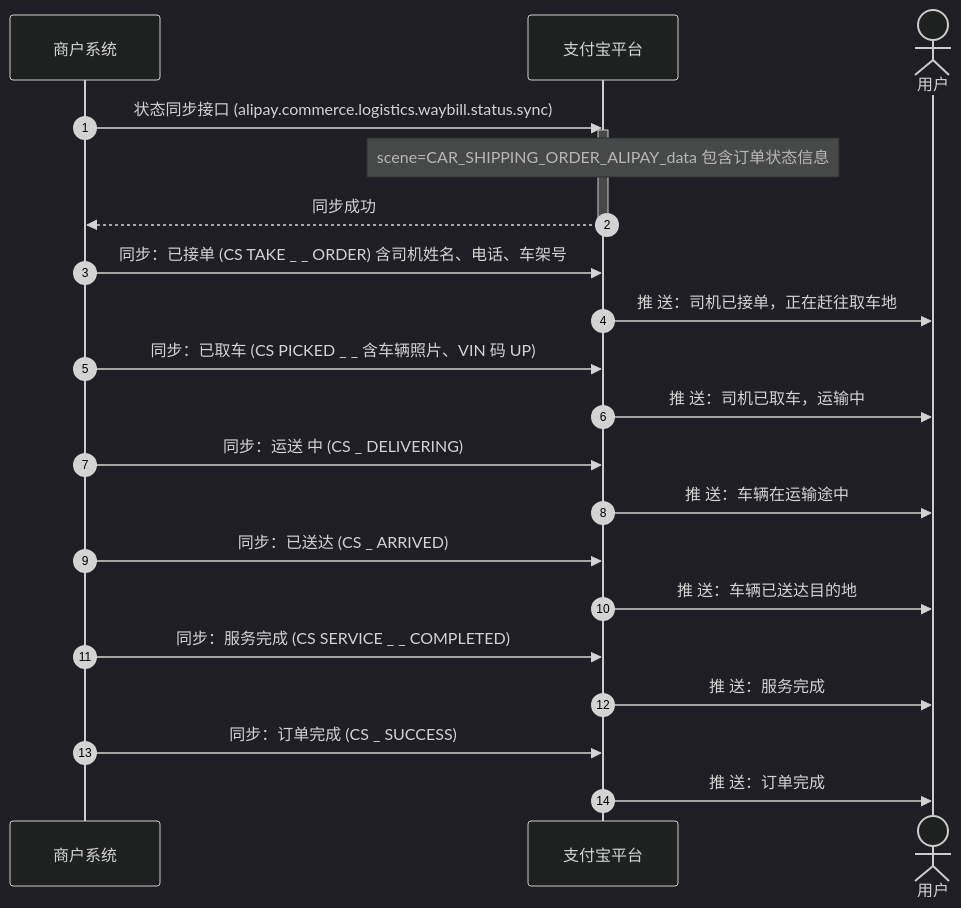
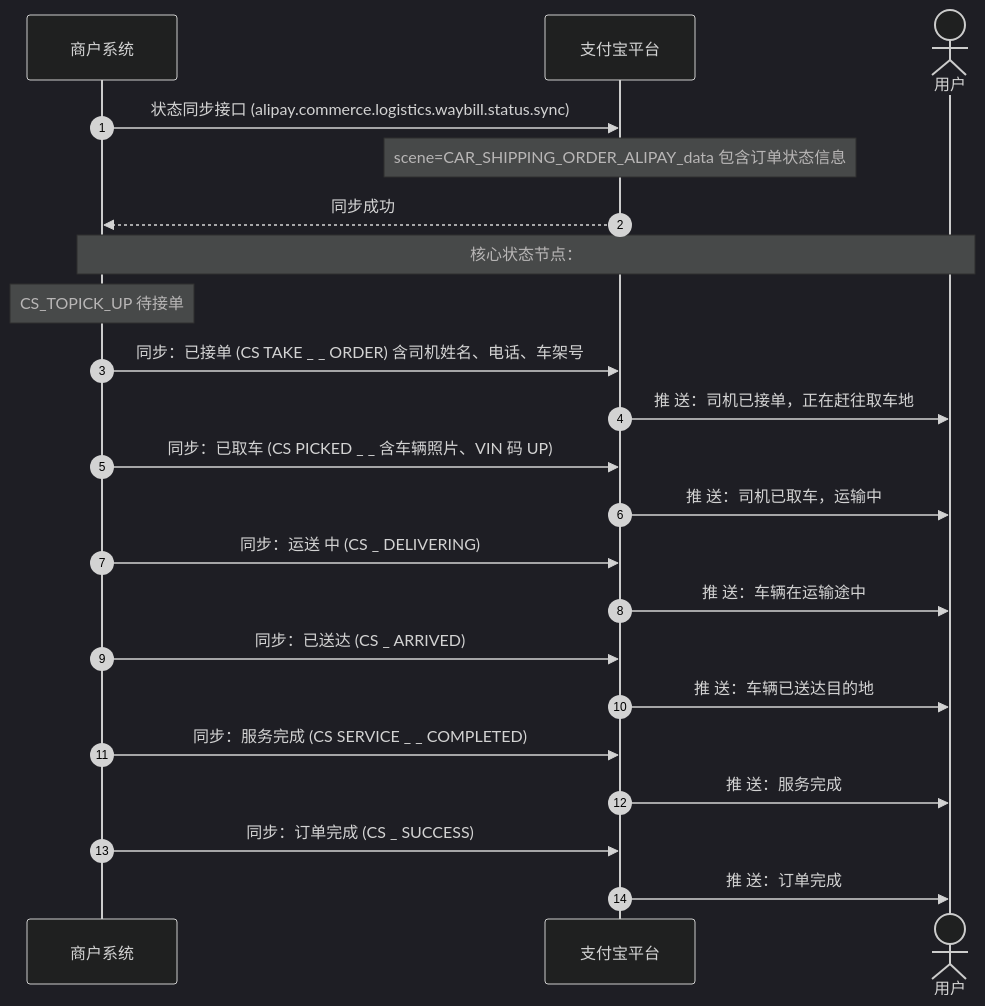
The diagram in mmd/订单状态同步时序_4997c745-c344-4a00-aecc-c93ea21a179e.mmd (pingpm/mermaid_vault), drawn with Mermaid (dark theme) before and after one commit. The commit also changed 2 other files, not shown here.

Commit message:
Sync Mermaid Studio data (9 diagrams)

```diff
--- a/mmd/订单状态同步时序_4997c745-c344-4a00-aecc-c93ea21a179e.mmd
+++ b/mmd/订单状态同步时序_4997c745-c344-4a00-aecc-c93ea21a179e.mmd
@@ -1,22 +1,22 @@
 sequenceDiagram
   autonumber
   participant p0 as 商户系统
   participant p1 as 支付宝平台
   actor p2 as 用户
   p0->>p1: 状态同步接⼝ (alipay.commerce.logistics.waybill.status.sync)
-  activate p1
   Note over p1: scene=CAR_SHIPPING_ORDER_ALIPAY_data 包含订单状态信息
   p1-->>p0: 同步成功
-  deactivate p1
+  Note over p0,p2: 核⼼状态节点：
+  Note over p0: CS_TOPICK_UP 待接单
   p0->>p1: 同步：已接单 (CS TAKE _ _ ORDER) 含司机姓名、电话、⻋架号
   p1->>p2: 推 送：司机已接单，正在赶往取⻋地
   p0->>p1: 同步：已取⻋ (CS PICKED _ _ 含⻋辆照⽚、VIN 码 UP)
   p1->>p2: 推 送：司机已取⻋，运输中
   p0->>p1: 同步：运送 中 (CS _ DELIVERING)
   p1->>p2: 推 送：⻋辆在运输途中
   p0->>p1: 同步：已送达 (CS _ ARRIVED)
   p1->>p2: 推 送：⻋辆已送达⽬的地
   p0->>p1: 同步：服务完成 (CS SERVICE _ _ COMPLETED)
   p1->>p2: 推 送：服务完成
   p0->>p1: 同步：订单完成 (CS _ SUCCESS)
   p1->>p2: 推 送：订单完成
```
